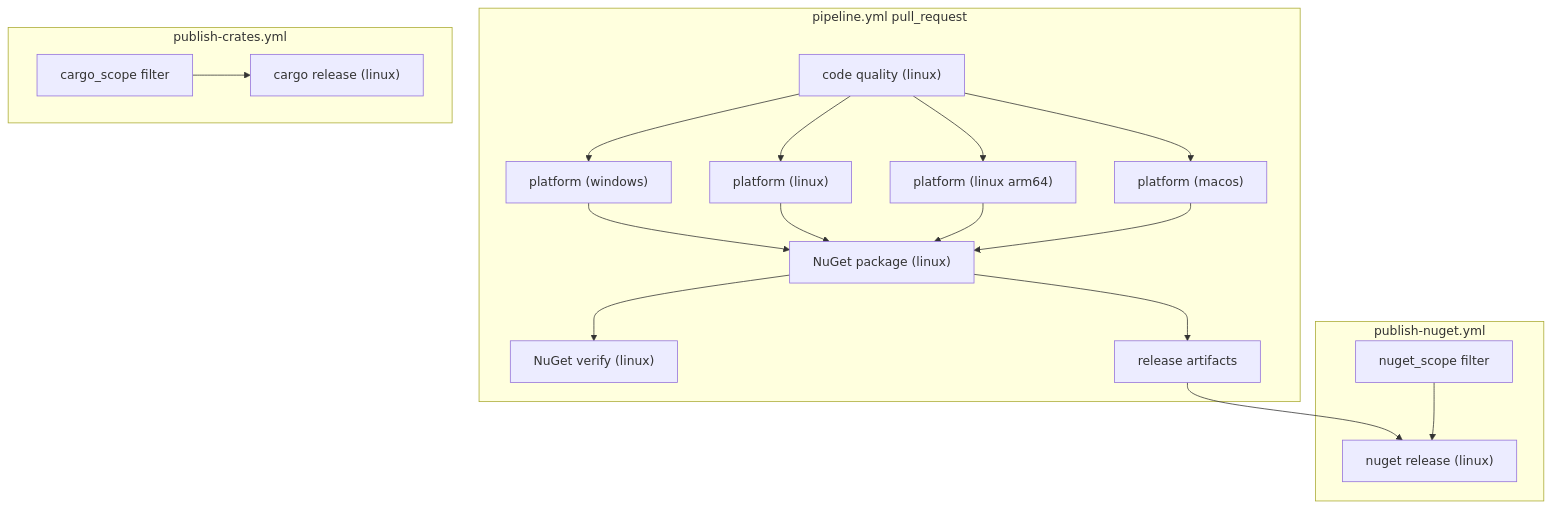
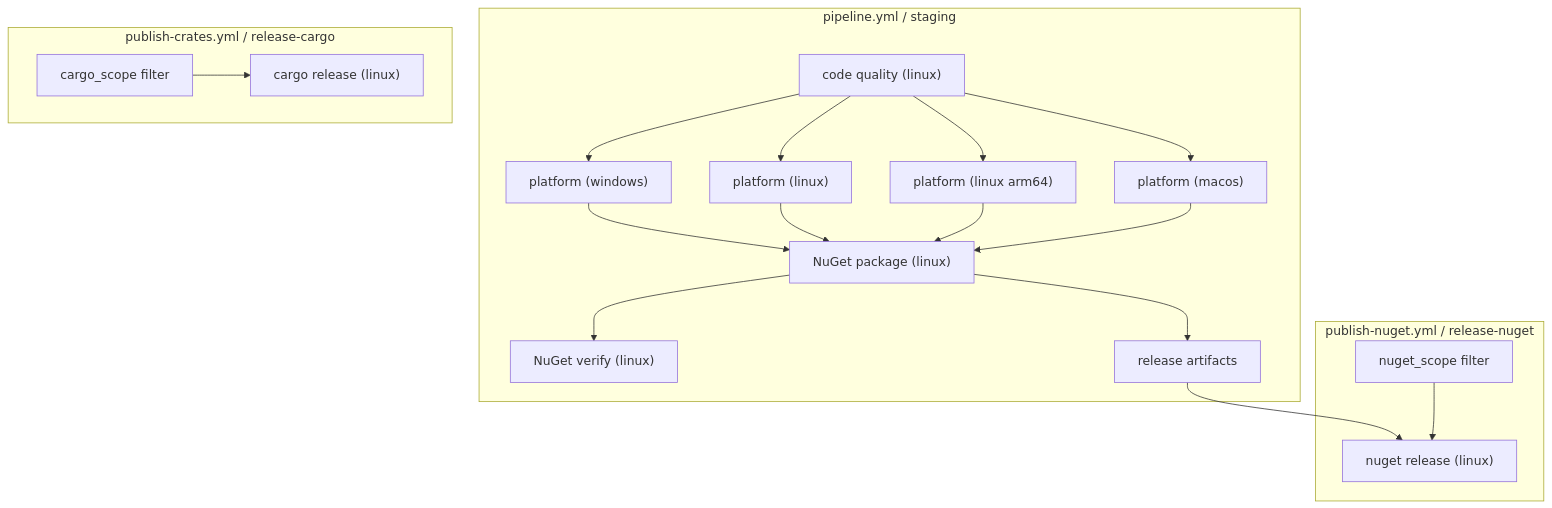
The diagram in docs/ci-cd-pipelines.md (D-Naveenz/dhara_storage), drawn with Mermaid before and after one commit. The commit also changed other lines of this file and 4 other files, not shown here.

````diff
--- a/docs/ci-cd-pipelines.md
+++ b/docs/ci-cd-pipelines.md
@@ -20,29 +32,29 @@
 ```mermaid
 flowchart TB
-  subgraph pr ["pipeline.yml pull_request"]
+  subgraph pr ["pipeline.yml / staging"]
     Q["code quality (linux)"]
     PW["platform (windows)"]
     PL["platform (linux)"]
     PLA["platform (linux arm64)"]
     PM["platform (macos)"]
     PACK["NuGet package (linux)"]
     VER["NuGet verify (linux)"]
     Q --> PW & PL & PLA & PM
     PW & PL & PLA & PM --> PACK
     PACK --> VER
     PACK --> ART[release artifacts]
   end
 
-  subgraph cd_cargo ["publish-crates.yml"]
+  subgraph cd_cargo ["publish-crates.yml / release-cargo"]
     FC[cargo_scope filter]
     CR["cargo release (linux)"]
     FC --> CR
   end
 
-  subgraph cd_nuget ["publish-nuget.yml"]
+  subgraph cd_nuget ["publish-nuget.yml / release-nuget"]
     FN[nuget_scope filter]
     NU["nuget release (linux)"]
     ART --> NU
     FN --> NU
   end
 ```
````
